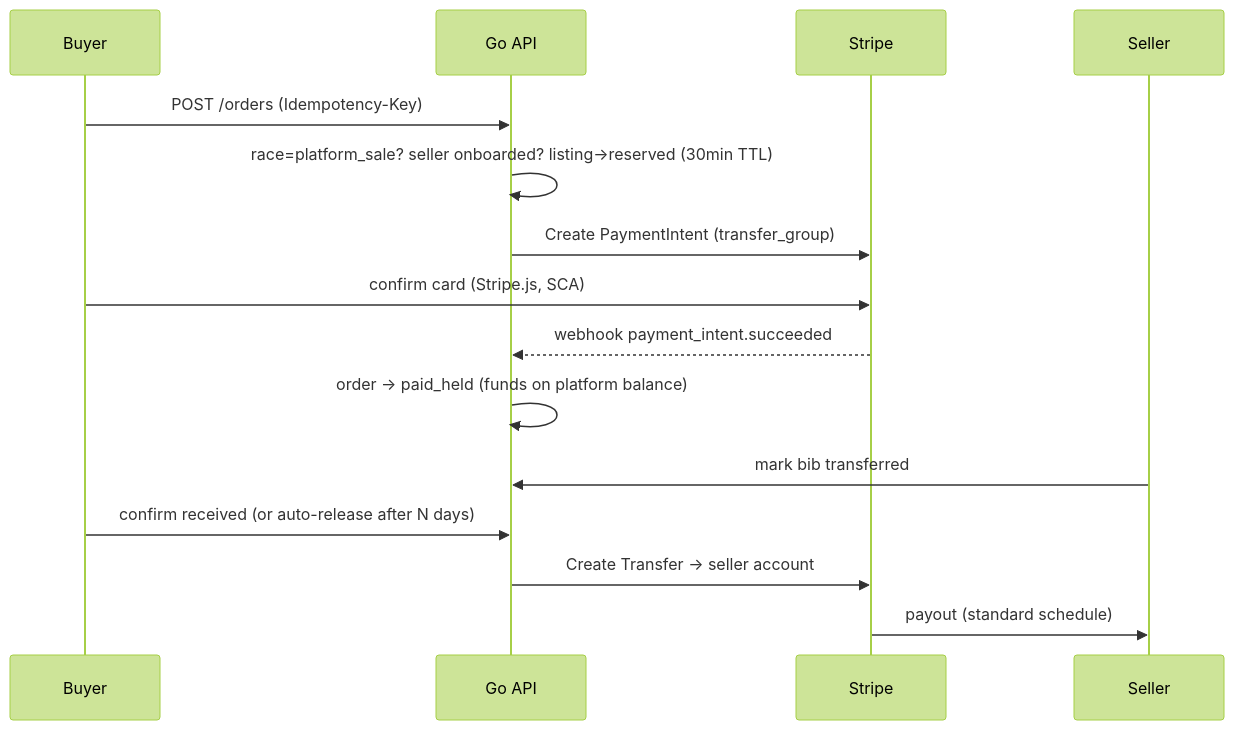
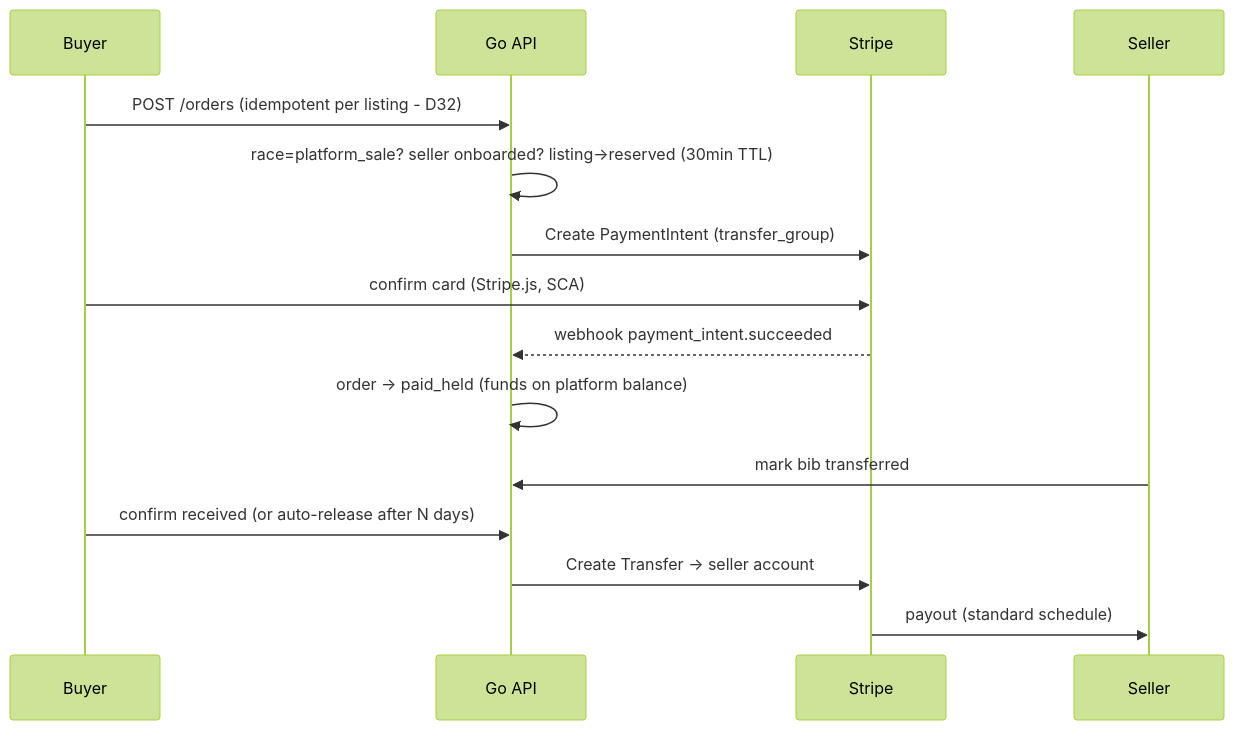
One commit to leonfullxr/bibseller changed the diagram in docs/PAYMENTS_AND_COMPLIANCE.md. Above: the diagram before and after it, drawn with Mermaid (forest theme). The commit also changed 3 other files, not shown here.

Commit message:
docs: address review - align mermaid diagrams with D31/D32, spell out the three Stripe keys, normalize drawio attrs

````diff
--- a/docs/PAYMENTS_AND_COMPLIANCE.md
+++ b/docs/PAYMENTS_AND_COMPLIANCE.md
@@ -16,17 +16,17 @@
 ```mermaid
 sequenceDiagram
     participant B as Buyer
     participant API as Go API
     participant S as Stripe
     participant SL as Seller
-    B->>API: POST /orders (Idempotency-Key)
+    B->>API: POST /orders (idempotent per listing - D32)
     API->>API: race=platform_sale? seller onboarded? listing->reserved (30min TTL)
     API->>S: Create PaymentIntent (transfer_group)
     B->>S: confirm card (Stripe.js, SCA)
     S-->>API: webhook payment_intent.succeeded
     API->>API: order -> paid_held  (funds on platform balance)
     SL->>API: mark bib transferred
     B->>API: confirm received (or auto-release after N days)
     API->>S: Create Transfer -> seller account
     S->>SL: payout (standard schedule)
 ```
````
